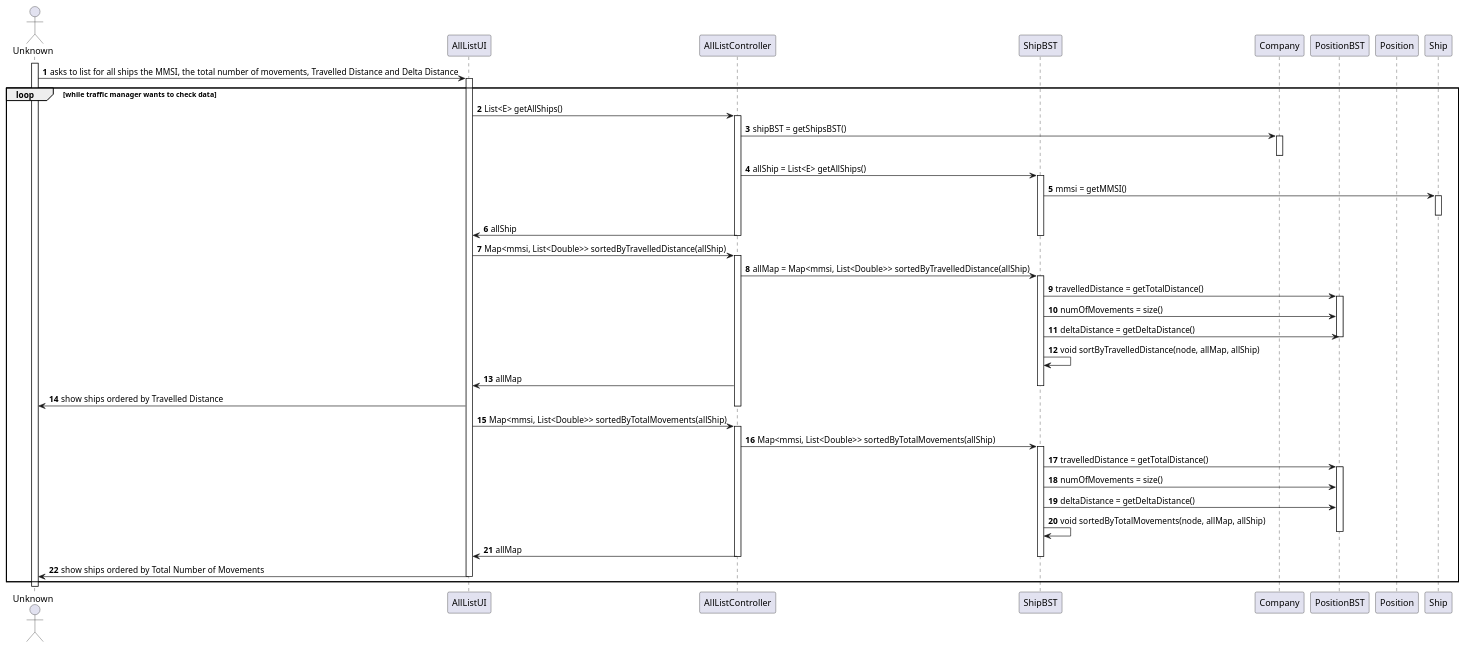
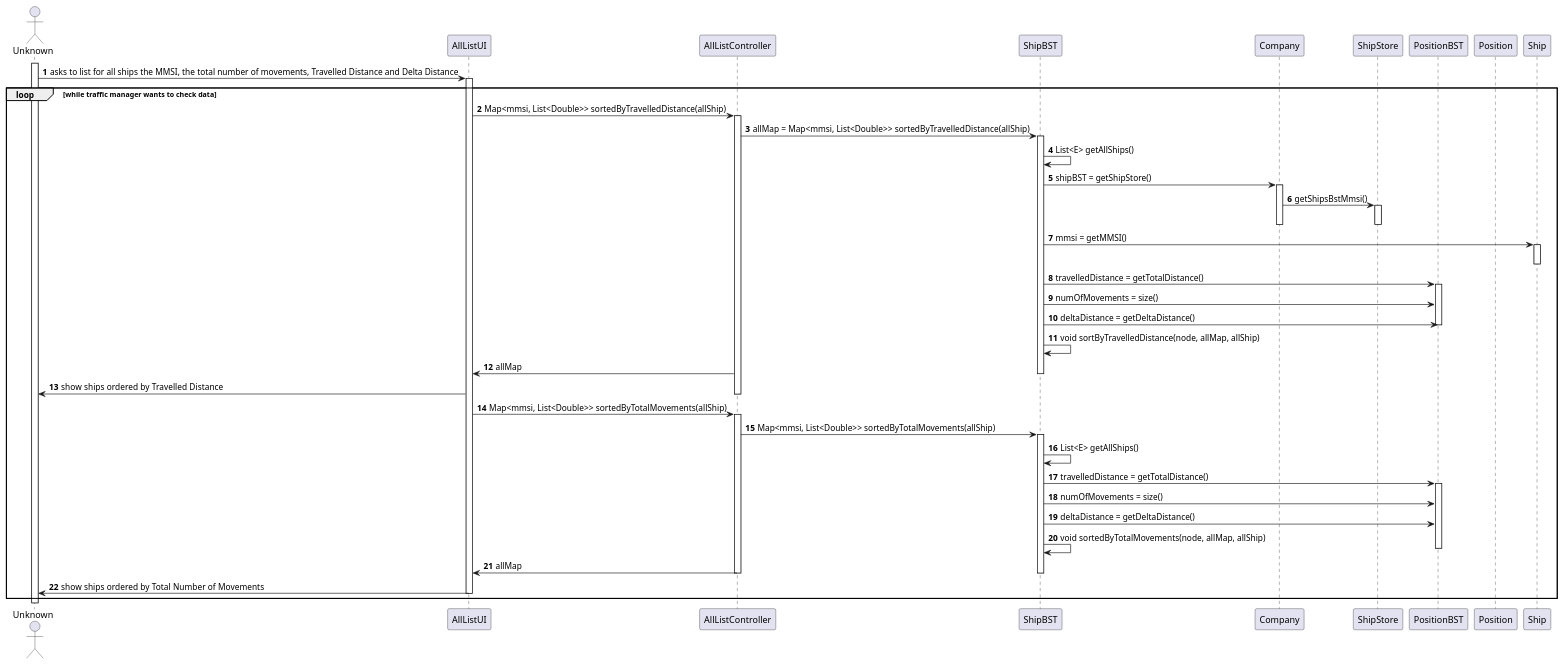
Before and after one commit to ana-albergaria/LAPR3-ISEP: the diagram in docs/US105/US105_SD.puml, drawn with PlantUML. The commit also changed 9 other files, not shown here.

```diff
--- a/docs/US105/US105_SD.puml
+++ b/docs/US105/US105_SD.puml
@@ -1,68 +1,67 @@
 @startuml
 autonumber
 'hide footbox
 actor "Unknown" as ADM
 
 participant "AllListUI" as UI
 participant "AllListController" as CTRL
 participant "ShipBST" as STORE
 participant "Company" as COMP
+participant "ShipStore" as SHSTR
 participant "PositionBST" as BST
 participant "Position" as POS
 participant "Ship" as SHIP
 
 
 activate ADM
 ADM -> UI : asks to list for all ships the MMSI, the total number of movements, Travelled Distance and Delta Distance
 activate UI
 loop while traffic manager wants to check data
-UI -> CTRL : List<E> getAllShips()
-activate CTRL
-CTRL -> COMP : shipBST = getShipsBST()
-activate COMP
-deactivate COMP
-CTRL -> STORE : allShip = List<E> getAllShips()
-activate STORE
-STORE -> SHIP : mmsi = getMMSI()
-activate SHIP
-deactivate SHIP
-CTRL -> UI : allShip
-deactivate STORE
-deactivate CTRL
 
 UI -> CTRL : Map<mmsi, List<Double>> sortedByTravelledDistance(allShip)
 activate CTRL
 CTRL -> STORE : allMap = Map<mmsi, List<Double>> sortedByTravelledDistance(allShip)
 activate STORE
+STORE -> STORE : List<E> getAllShips()
+STORE -> COMP : shipBST = getShipStore()
+activate COMP
+COMP -> SHSTR : getShipsBstMmsi()
+activate SHSTR
+deactivate SHSTR
+deactivate COMP
+STORE -> SHIP : mmsi = getMMSI()
+activate SHIP
+deactivate SHIP
 STORE -> BST : travelledDistance = getTotalDistance()
 activate BST
 STORE -> BST : numOfMovements = size()
 STORE -> BST : deltaDistance = getDeltaDistance()
 deactivate BST
 STORE -> STORE : void sortByTravelledDistance(node, allMap, allShip)
 CTRL -> UI : allMap
 deactivate STORE
 UI -> ADM : show ships ordered by Travelled Distance
 deactivate CTRL
 
 UI -> CTRL : Map<mmsi, List<Double>> sortedByTotalMovements(allShip)
 activate CTRL
 CTRL -> STORE : Map<mmsi, List<Double>> sortedByTotalMovements(allShip)
 activate STORE
+STORE -> STORE : List<E> getAllShips()
 STORE -> BST : travelledDistance = getTotalDistance()
 activate BST
 STORE -> BST : numOfMovements = size()
 STORE -> BST : deltaDistance = getDeltaDistance()
 STORE -> STORE : void sortedByTotalMovements(node, allMap, allShip)
 deactivate BST
 CTRL -> UI : allMap
 
 deactivate STORE
 
 deactivate CTRL
 UI -> ADM : show ships ordered by Total Number of Movements
 deactivate UI
 end
 deactivate ADM
 
 @enduml
```
